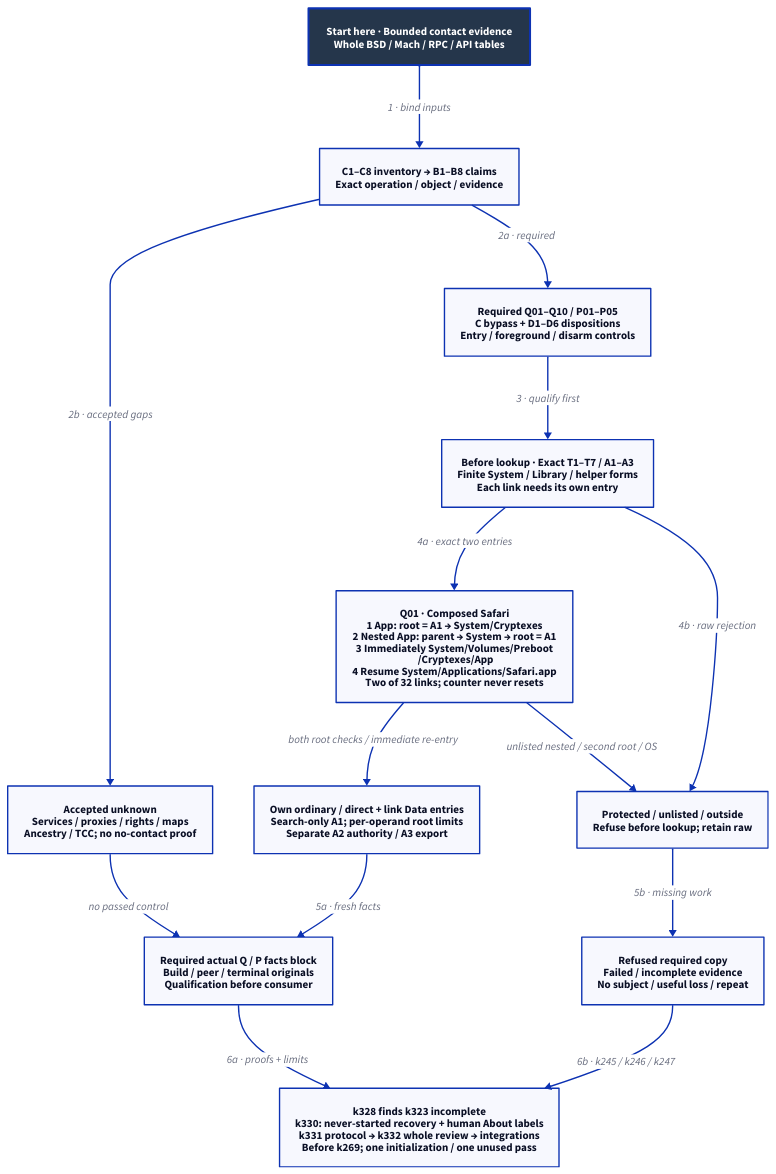
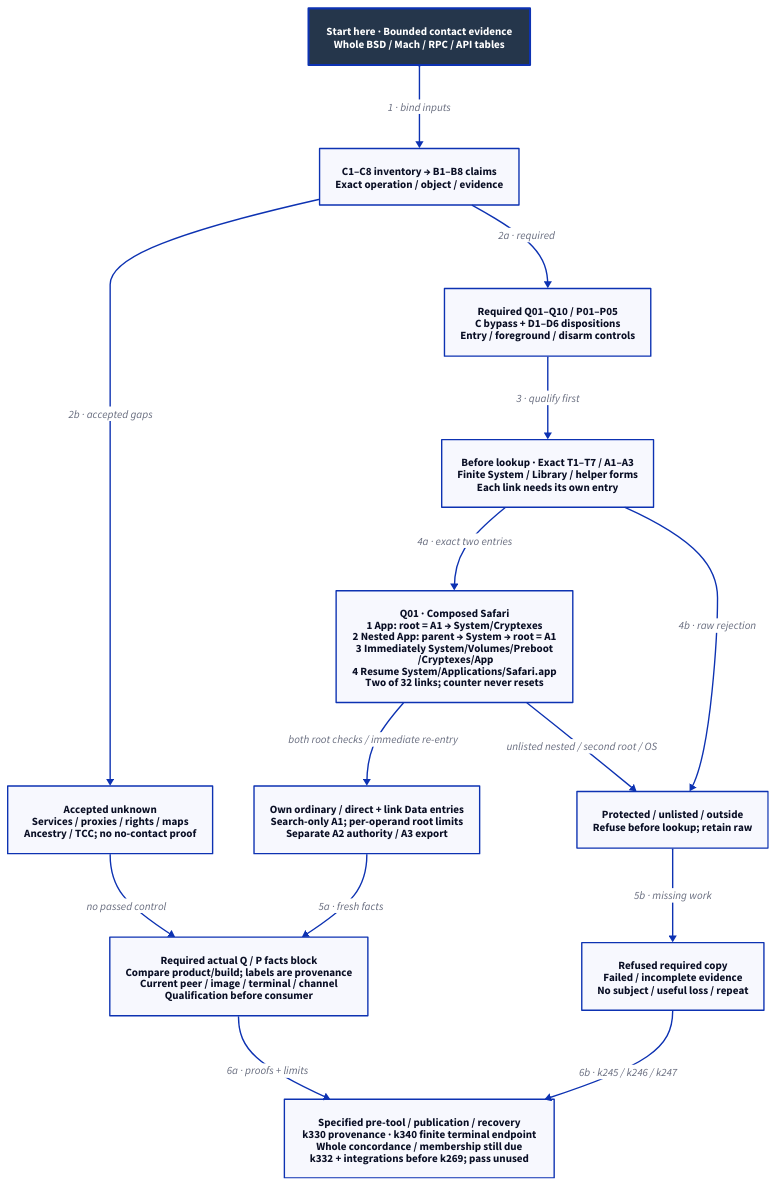
One commit to Linkuistics/Koine changed the diagram in docs/design/architecture/native-reference-contact.d2. Above: the diagram before and after it, drawn with D2. The commit also changed 34 other files, not shown here.

Commit message:
Reconcile reference provenance and current views (reference-evidence-provenance-reconciliation-k342)

```diff
--- a/docs/design/architecture/native-reference-contact.d2
+++ b/docs/design/architecture/native-reference-contact.d2
@@ -1,29 +1,29 @@
-# Reviewed k323 proposal; k330/k331/k332 replacement and integrations precede k269.
+# Specified k331 mechanisms; whole concordance/membership and k332 review precede use.
 direction: down
 classes: {
   start: {style: {fill: "#25364B"; font-color: "#FFFFFF"; bold: true; stroke-width: 3}}
 }
 Start: "Start here · Bounded contact evidence\nWhole BSD / Mach / RPC / API tables" {class: start}
 Claims: "C1–C8 inventory → B1–B8 claims\nExact operation / object / evidence"
 Controls: "Required Q01–Q10 / P01–P05\nC bypass + D1–D6 dispositions\nEntry / foreground / disarm controls"
 Unknown: "Accepted unknown\nServices / proxies / rights / maps\nAncestry / TCC; no no-contact proof"
 Policy: "Before lookup · Exact T1–T7 / A1–A3\nFinite System / Library / helper forms\nEach link needs its own entry"
 Safari: "Q01 · Composed Safari\n1 App: root = A1 → System/Cryptexes\n2 Nested App: parent → System → root = A1\n3 Immediately System/Volumes/Preboot\n  /Cryptexes/App\n4 Resume System/Applications/Safari.app\nTwo of 32 links; counter never resets"
 Allowed: "Own ordinary / direct + link Data entries\nSearch-only A1; per-operand root limits\nSeparate A2 authority / A3 export"
 Refuse: "Protected / unlisted / outside\nRefuse before lookup; retain raw"
-Gate: "Required actual Q / P facts block\nBuild / peer / terminal originals\nQualification before consumer"
+Gate: "Required actual Q / P facts block\nCompare product/build; labels are provenance\nCurrent peer / image / terminal / channel\nQualification before consumer"
 Failed: "Refused required copy\nFailed / incomplete evidence\nNo subject / useful loss / repeat"
-Whole: "k328 finds k323 incomplete\nk330: never-started recovery + human About labels\nk331 protocol → k332 whole review → integrations\nBefore k269; one initialization / one unused pass"
+Whole: "Specified pre-tool / publication / recovery\nk330 provenance · k340 finite terminal endpoint\nWhole concordance / membership still due\nk332 + integrations before k269; pass unused"
 Start -> Claims: "1 · bind inputs"
 Claims -> Controls: "2a · required"
 Claims -> Unknown: "2b · accepted gaps"
 Controls -> Policy: "3 · qualify first"
 Unknown -> Gate: "no passed control"
 Policy -> Safari: "4a · exact two entries"
 Safari -> Allowed: "both root checks / immediate re-entry"
 Safari -> Refuse: "unlisted nested / second root / OS"
 Policy -> Refuse: "4b · raw rejection"
 Allowed -> Gate: "5a · fresh facts"
 Refuse -> Failed: "5b · missing work"
 Gate -> Whole: "6a · proofs + limits"
 Failed -> Whole: "6b · k245 / k246 / k247"
```
